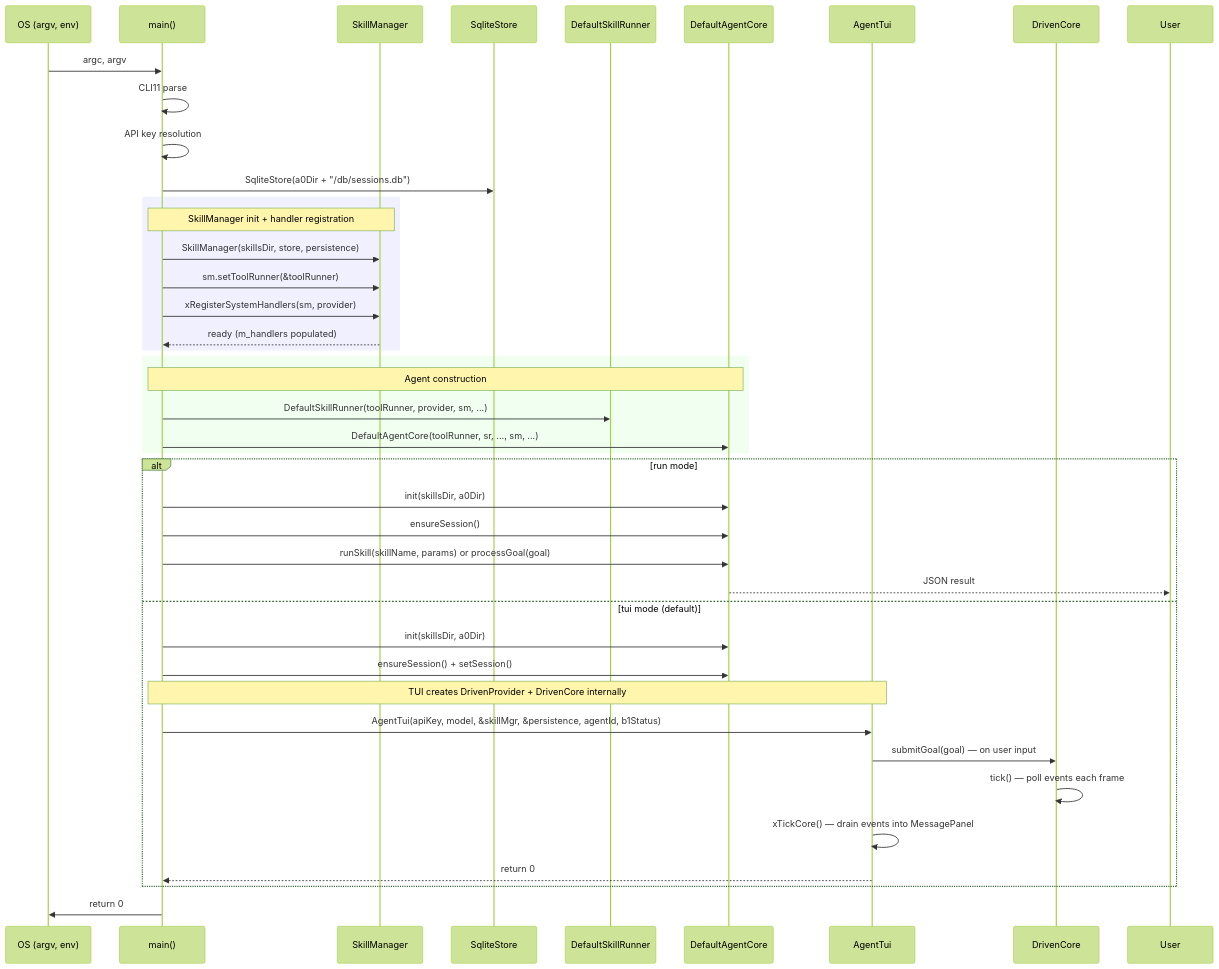
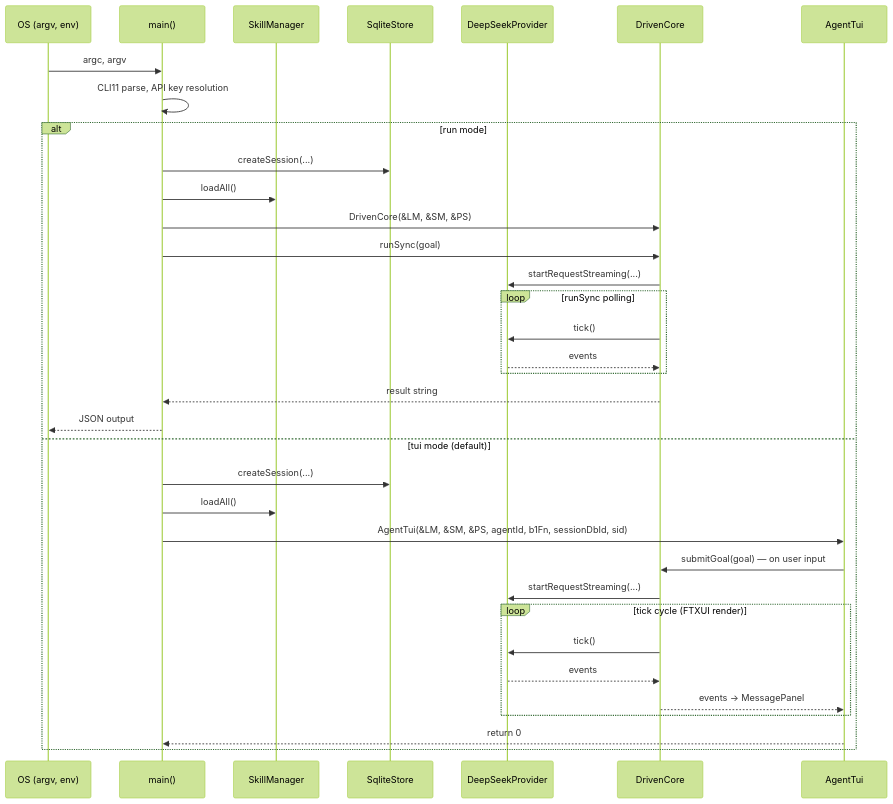
The second of 2 diagrams in src/main.spec.md (opensassi/a0), drawn with Mermaid (forest theme) before and after one commit. The commit also changed other lines of this file and 30 other files, not shown here.

````diff
--- a/src/main.spec.md
+++ b/src/main.spec.md
@@ -240,47 +126,39 @@
 ```mermaid
 sequenceDiagram
     participant OS as OS (argv, env)
     participant M as main()
     participant SM as SkillManager
     participant PS as SqliteStore
-    participant SR as DefaultSkillRunner
-    participant CORE as DefaultAgentCore
+    participant LM as DeepSeekProvider
+    participant DC as DrivenCore
     participant TUI as AgentTui
-    participant DC as DrivenCore
 
     OS->>M: argc, argv
-    M->>M: CLI11 parse
-    M->>M: API key resolution
-    M->>PS: SqliteStore(a0Dir + "/db/sessions.db")
-
-    rect rgb(240, 240, 255)
-        Note over M,SM: SkillManager init + handler registration
-        M->>SM: SkillManager(skillsDir, store, persistence)
-        M->>SM: sm.setToolRunner(&toolRunner)
-        M->>SM: xRegisterSystemHandlers(sm, provider)
-        SM-->>M: ready (m_handlers populated)
-    end
-
-    rect rgb(240, 255, 240)
-        Note over M,CORE: Agent construction
-        M->>SR: DefaultSkillRunner(toolRunner, provider, sm, ...)
-        M->>CORE: DefaultAgentCore(toolRunner, sr, ..., sm, ...)
-    end
+    M->>M: CLI11 parse, API key resolution
 
     alt run mode
-        M->>CORE: init(skillsDir, a0Dir)
-        M->>CORE: ensureSession()
-        M->>CORE: runSkill(skillName, params) or processGoal(goal)
-        CORE-->>User: JSON result
+        M->>PS: createSession(...)
+        M->>SM: loadAll()
+        M->>DC: DrivenCore(&LM, &SM, &PS)
+        M->>DC: runSync(goal)
+        DC->>LM: startRequestStreaming(...)
+        loop runSync polling
+            DC->>LM: tick()
+            LM-->>DC: events
+        end
+        DC-->>M: result string
+        M-->>OS: JSON output
     else tui mode (default)
-        M->>CORE: init(skillsDir, a0Dir)
-        M->>CORE: ensureSession() + setSession()
-        Note over M,TUI: TUI creates DrivenProvider + DrivenCore internally
-        M->>TUI: AgentTui(apiKey, model, &skillMgr, &persistence, agentId, b1Status)
+        M->>PS: createSession(...)
+        M->>SM: loadAll()
+        M->>TUI: AgentTui(&LM, &SM, &PS, agentId, b1Fn, sessionDbId, sid)
         TUI->>DC: submitGoal(goal) — on user input
-        DC->>DC: tick() — poll events each frame
-        TUI->>TUI: xTickCore() — drain events into MessagePanel
+        DC->>LM: startRequestStreaming(...)
+        loop tick cycle (FTXUI render)
+            DC->>LM: tick()
+            LM-->>DC: events
+            DC-->>TUI: events → MessagePanel
+        end
         TUI-->>M: return 0
     end
-    M->>OS: return 0
 ```
````
